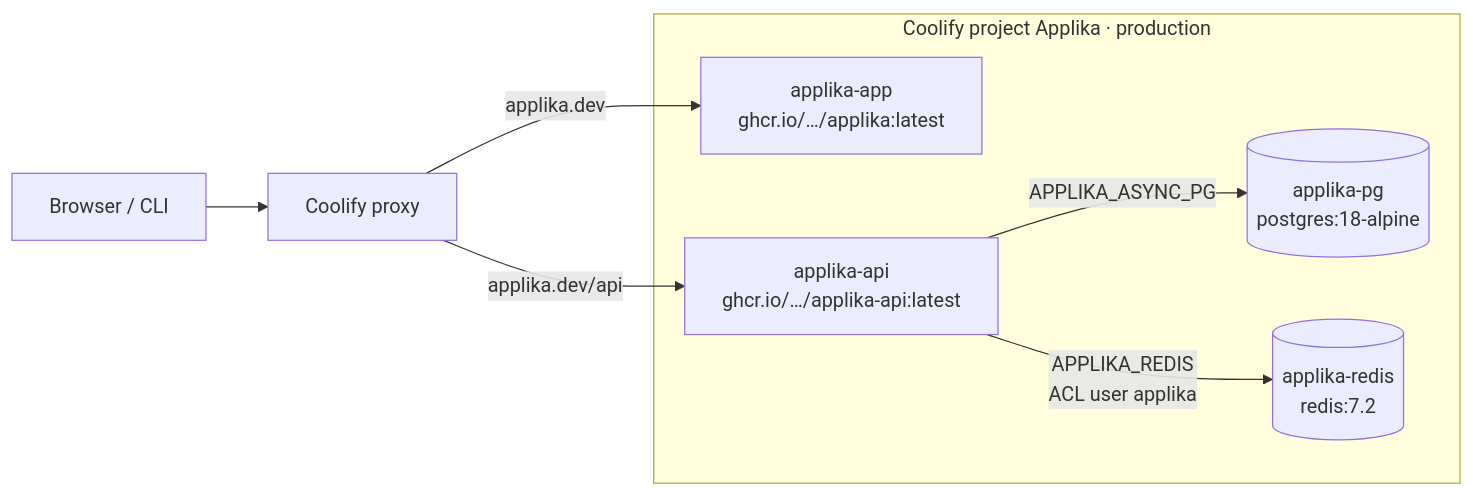
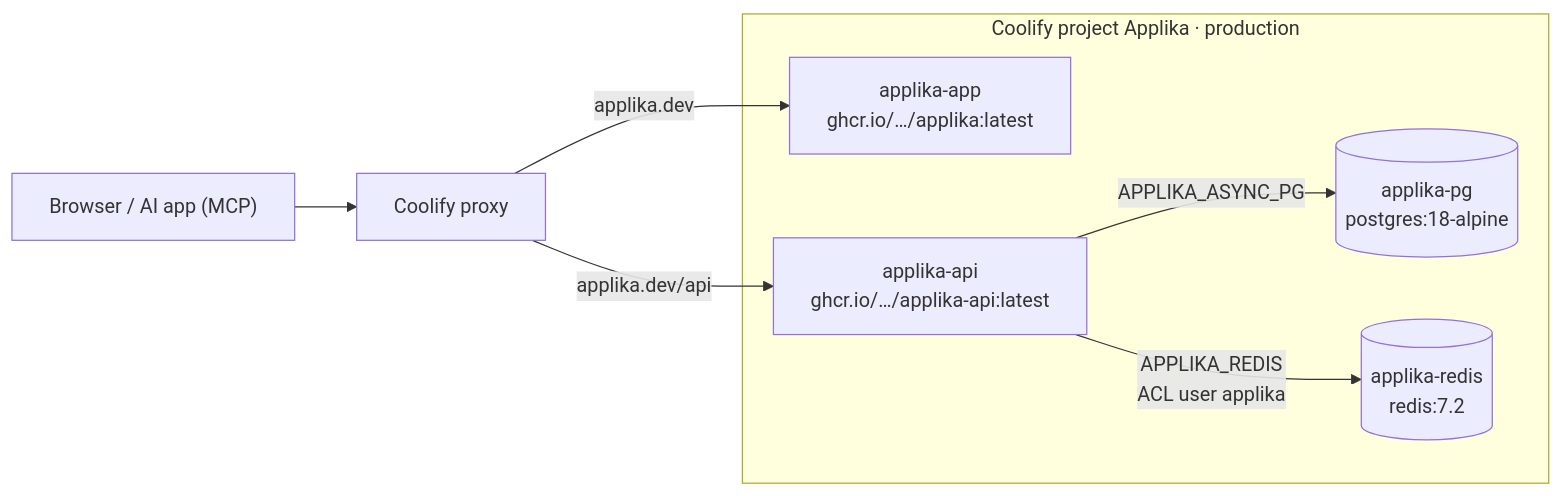
The fifth of 12 diagrams in docs/infrastructure.md (BorderlessCodingHub/applika), drawn with Mermaid before and after one commit. The commit also changed other lines of this file and 73 other files, not shown here.

````diff
--- a/docs/infrastructure.md
+++ b/docs/infrastructure.md
@@ -197,16 +201,16 @@
 ```mermaid
 flowchart LR
-    browser["Browser / CLI"] --> proxy["Coolify proxy"]
+    browser["Browser / AI app (MCP)"] --> proxy["Coolify proxy"]
 
     subgraph prj["Coolify project Applika · production"]
         app["applika-app<br/>ghcr.io/…/applika:latest"]
         api["applika-api<br/>ghcr.io/…/applika-api:latest"]
         pg[("applika-pg<br/>postgres:18-alpine")]
         redis[("applika-redis<br/>redis:7.2")]
     end
 
     proxy -- "applika.dev/api" --> api
     proxy -- "applika.dev" --> app
     api -- "APPLIKA_ASYNC_PG" --> pg
     api -- "APPLIKA_REDIS<br/>ACL user applika" --> redis
 ```
````
